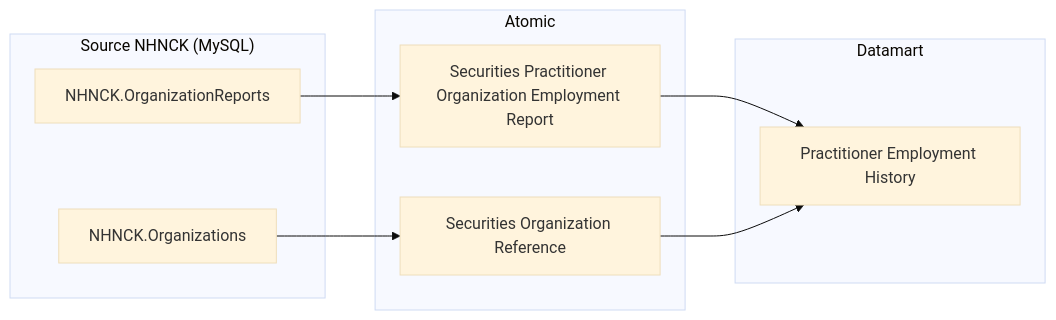
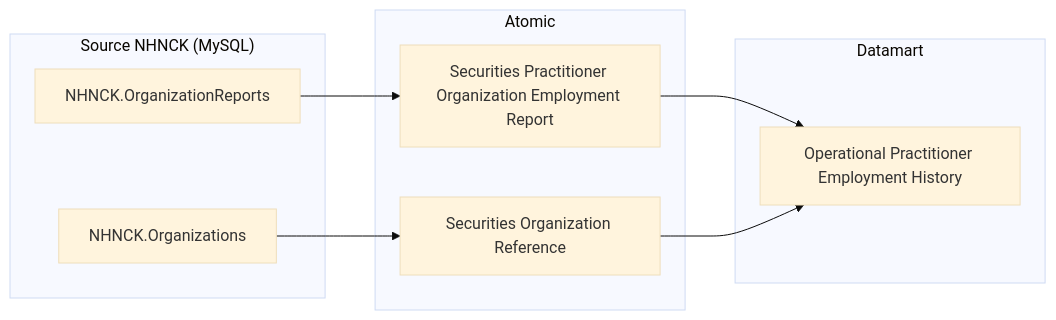
The seventh of 40 diagrams in Datamart/hld/DTM_NHNCK_HLD.md (linhlvit/ubck_atomic_design), drawn with Mermaid (base theme) before and after one commit. The commit also changed other lines of this file and 52 other files, not shown here.

````diff
--- a/Datamart/hld/DTM_NHNCK_HLD.md
+++ b/Datamart/hld/DTM_NHNCK_HLD.md
@@ -217,22 +217,22 @@
 ```mermaid
 flowchart LR
     subgraph SRC["Source NHNCK (MySQL)"]
         S1["NHNCK.OrganizationReports"]
         S2["NHNCK.Organizations"]
     end
 
     subgraph SIL["Atomic"]
         SV1["Securities Practitioner Organization Employment Report"]
         SV2["Securities Organization Reference"]
     end
 
     subgraph Datamart["Datamart"]
-        G1["Practitioner Employment History"]
+        G1["Operational Practitioner Employment History"]
     end
 
     S1 --> SV1
     S2 --> SV2
 
     SV1 --> G1
     SV2 --> G1
 ```
````
